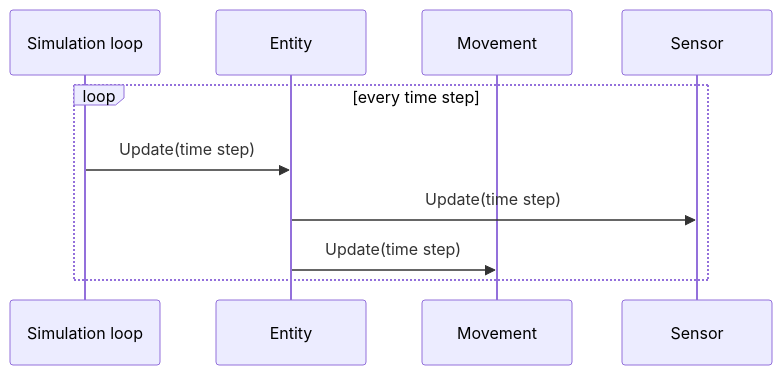
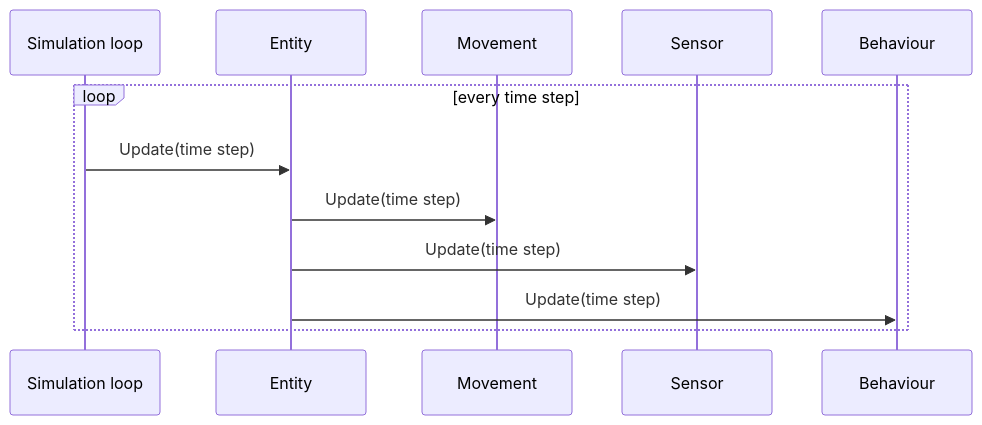
The third of 3 diagrams in docs/patterns.md (Andrew-Pollard/Invicta.Simulation), drawn with Mermaid before and after one commit. The commit also changed other lines of this file and 3 other files, not shown here.

````diff
--- a/docs/patterns.md
+++ b/docs/patterns.md
@@ -207,12 +203,14 @@
 ```mermaid
 sequenceDiagram
     participant SimLoop as Simulation loop
     participant E as Entity
     participant M as Movement
     participant S as Sensor
+    participant B as Behaviour
     loop every time step
         SimLoop->>E: Update(time step)
+        E->>M: Update(time step)
         E->>S: Update(time step)
-        E->>M: Update(time step)
+        E->>B: Update(time step)
     end
 ```
````
